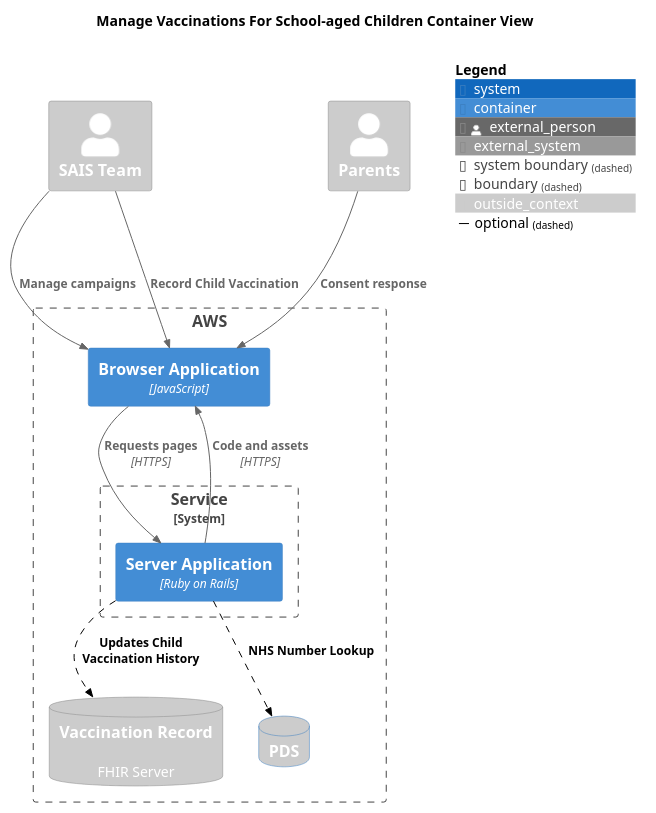
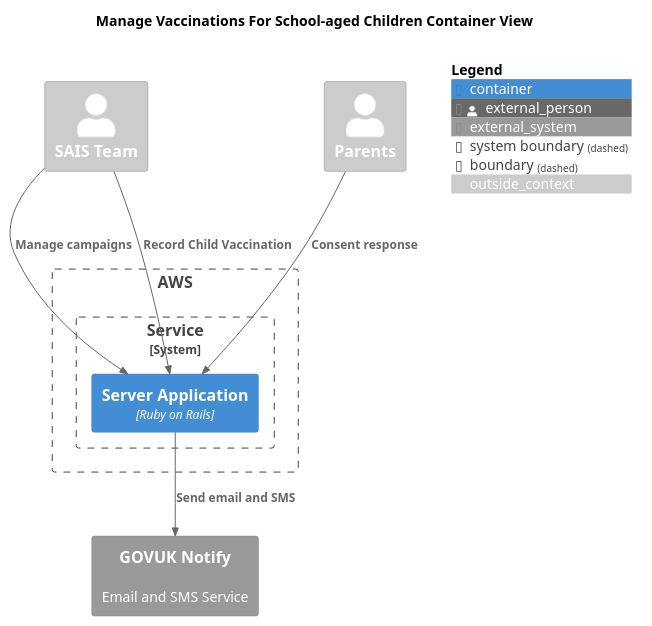
Before and after one commit to nhsuk/manage-vaccinations-in-schools: the diagram in docs/diagrams/container-view.puml, drawn with PlantUML. The commit also changed 6 other files, not shown here.

Commit message:
Update architecture docs adding govuk notify etc

```diff
--- a/docs/diagrams/container-view.puml
+++ b/docs/diagrams/container-view.puml
@@ -1,39 +1,31 @@
 @startuml
 
 !include <C4/C4_Container.puml>
 
 LAYOUT_TOP_DOWN()
 
 title "Manage Vaccinations For School-aged Children Container View"
 
 AddElementTag("outside_context", $bgColor="#CCC", $fontColor="#FFF")
 
 Person_Ext(sais, "SAIS Team", $tags="outside_context")
 Person_Ext(parents, "Parents", $tags="outside_context")
 
 Boundary(aws, "AWS") {
-    Container(browser, "Browser Application", "JavaScript")
   System_Boundary(manage, "Service", "") {
     Container(server, "Server Application", "Ruby on Rails")
   }
-
-  SystemDb_Ext(vaccineRecord, "Vaccination Record", "FHIR Server")
-  SystemDb_Ext(pds, "PDS", "")
 }
 
-SystemDb_Ext(vaccineRecord, "Vaccination Record", "FHIR Server", $tags="outside_context")
-SystemDb(pds, "PDS", "", $tags="outside_context")
+System_Ext(govukNotify, "GOVUK Notify", "Email and SMS Service")
 
 AddRelTag("optional", $textColor="black", $lineColor="black", $lineStyle="dashed")
 
-Rel(server, browser, "Code and assets", "HTTPS")
-Rel(browser, server, "Requests pages", "HTTPS")
-Rel(sais, browser, "Manage campaigns")
-Rel(sais, browser, "Record Child Vaccination")
-Rel(parents, browser, "Consent response")
-Rel(server, vaccineRecord, "Updates Child Vaccination History", $tags="optional")
-Rel(server, pds, "NHS Number Lookup", $tags="optional")
+Rel(sais, server, "Manage campaigns")
+Rel(sais, server, "Record Child Vaccination")
+Rel(parents, server, "Consent response")
+Rel(server, govukNotify, "Send email and SMS")
 
 SHOW_FLOATING_LEGEND()
 
 @enduml
```
